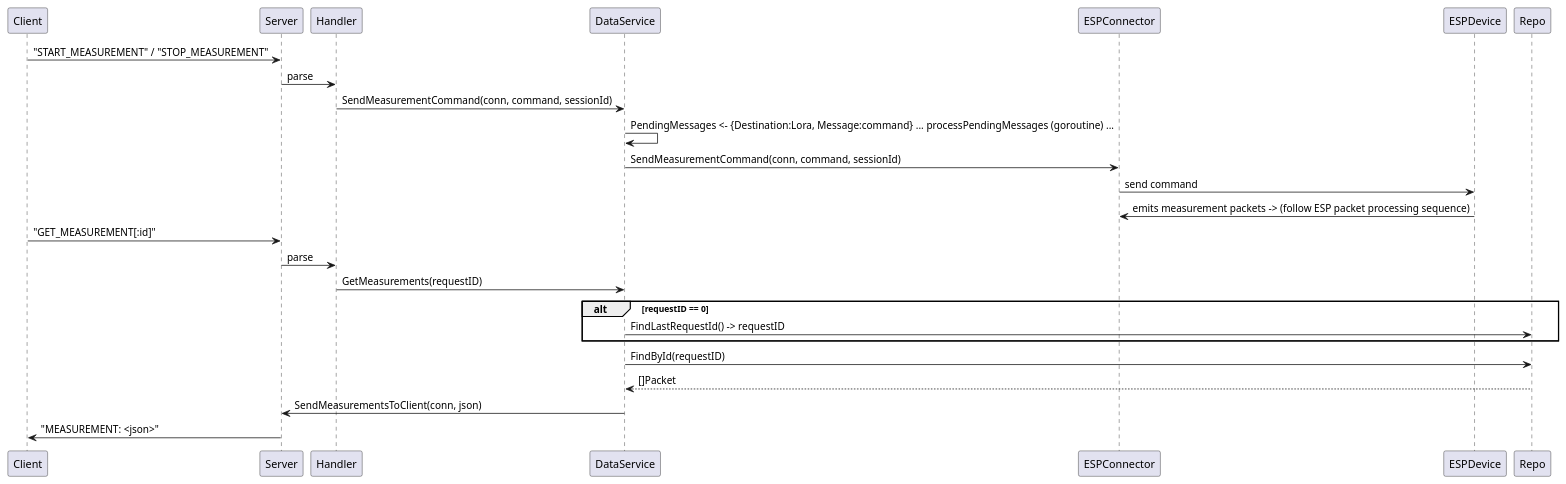
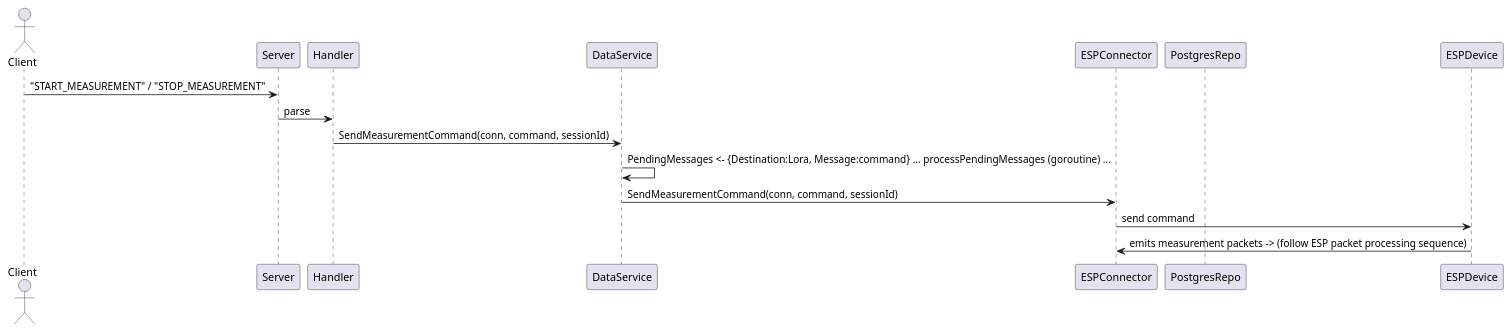
The diagram in doc/meas.puml (RedBlackHoodie/GsmLoraServer), drawn with PlantUML before and after one commit. The commit also changed 6 other files, not shown here.

```diff
--- a/doc/meas.puml
+++ b/doc/meas.puml
@@ -1,21 +1,16 @@
-@startuml title Start/Stop measurement and GET_MEASUREMENT actor Client participant "Server" as Server participant "Handler" as Handler participant "DataService" as DataService participant "ESPConnector" as ESPConnector participant "PostgresRepo" as Repo
+@startuml title Start/Stop measurement
+actor Client
+participant "Server" as Server
+participant "Handler" as Handler
+participant "DataService" as DataService
+participant "ESPConnector" as ESPConnector
+participant "PostgresRepo" as Repo
 
 Client -> Server: "START_MEASUREMENT" / "STOP_MEASUREMENT"
 Server -> Handler: parse
 Handler -> DataService: SendMeasurementCommand(conn, command, sessionId)
 DataService -> DataService: PendingMessages <- {Destination:Lora, Message:command} ... processPendingMessages (goroutine) ...
 DataService -> ESPConnector: SendMeasurementCommand(conn, command, sessionId)
 ESPConnector -> ESPDevice: send command
 ESPDevice -> ESPConnector: emits measurement packets -> (follow ESP packet processing sequence)
-
-Client -> Server: "GET_MEASUREMENT[:id]"
-Server -> Handler: parse
-Handler -> DataService: GetMeasurements(requestID)
-alt requestID == 0
-DataService -> Repo: FindLastRequestId() -> requestID
-end
-DataService -> Repo: FindById(requestID)
-Repo --> DataService: []Packet
-DataService -> Server: SendMeasurementsToClient(conn, json)
-Server -> Client: "MEASUREMENT: <json>"
 @enduml
```
